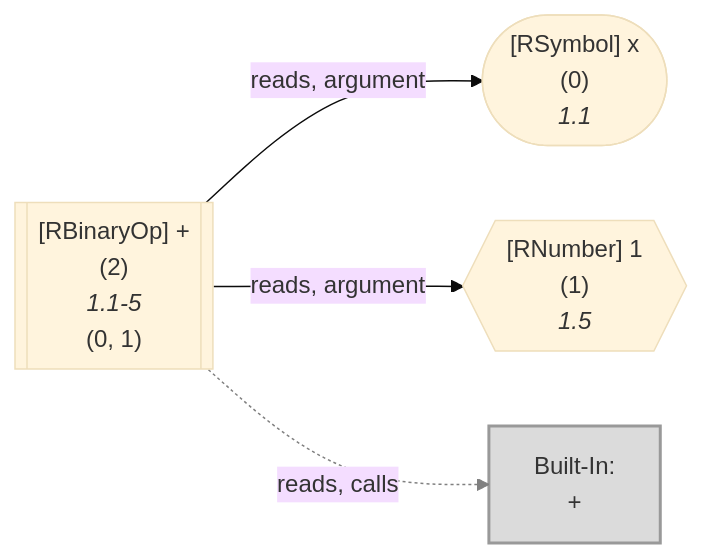
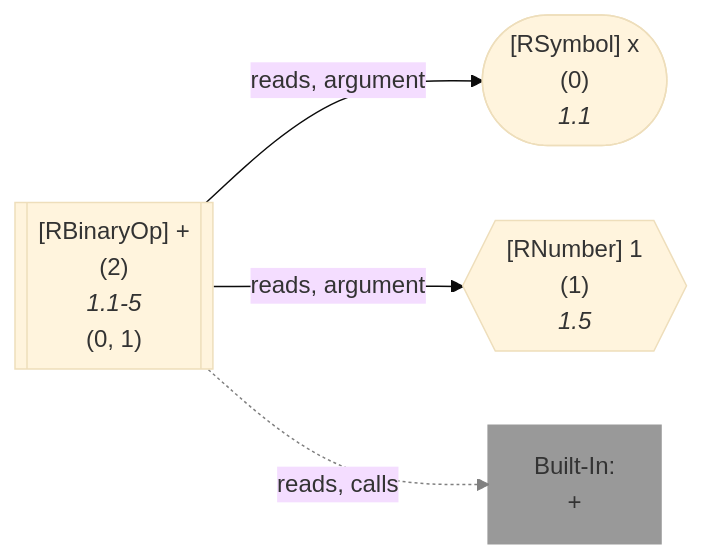
One commit to flowr-analysis/flowr changed diagram 17 of 17 in wiki/Query API.md. Above: the diagram before and after it, drawn with Mermaid (base theme). The commit also changed other lines of this file and 18 other files, not shown here.

````diff
--- a/wiki/Query API.md
+++ b/wiki/Query API.md
@@ -5697,20 +5865,20 @@
 ```mermaid
 flowchart LR
     0(["`#91;RSymbol#93; x
       (0)
       *1.1*`"])
     1{{"`#91;RNumber#93; 1
       (1)
       *1.5*`"}}
     2[["`#91;RBinaryOp#93; #43;
       (2)
       *1.1-5*
     (0, 1)`"]]
     built-in:_["`Built-In:
 #43;`"]
-    style built-in:_ stroke:gray,fill:lightgray,stroke-width:2px,opacity:.8;
+    style built-in:_ stroke:gray,fill:gray,stroke-width:2px,opacity:.8;
     2 -->|"reads, argument"| 0
     2 -->|"reads, argument"| 1
     2 -.->|"reads, calls"| built-in:_
     linkStyle 2 stroke:gray;
 ```
````
